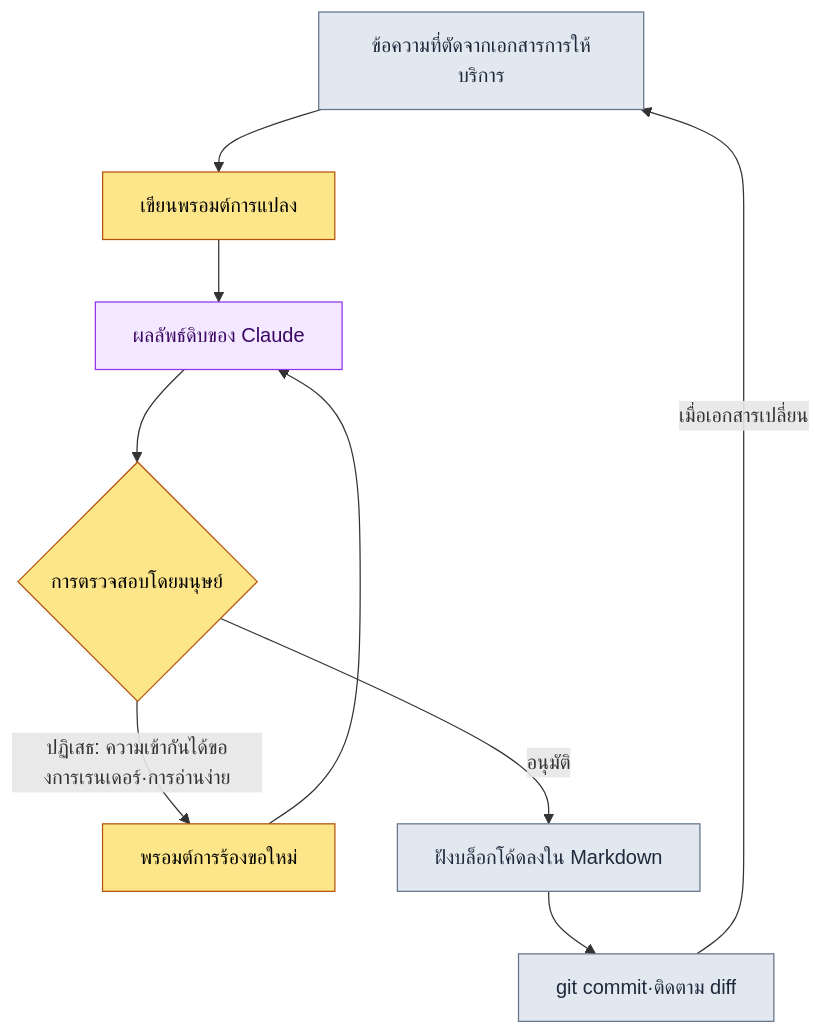
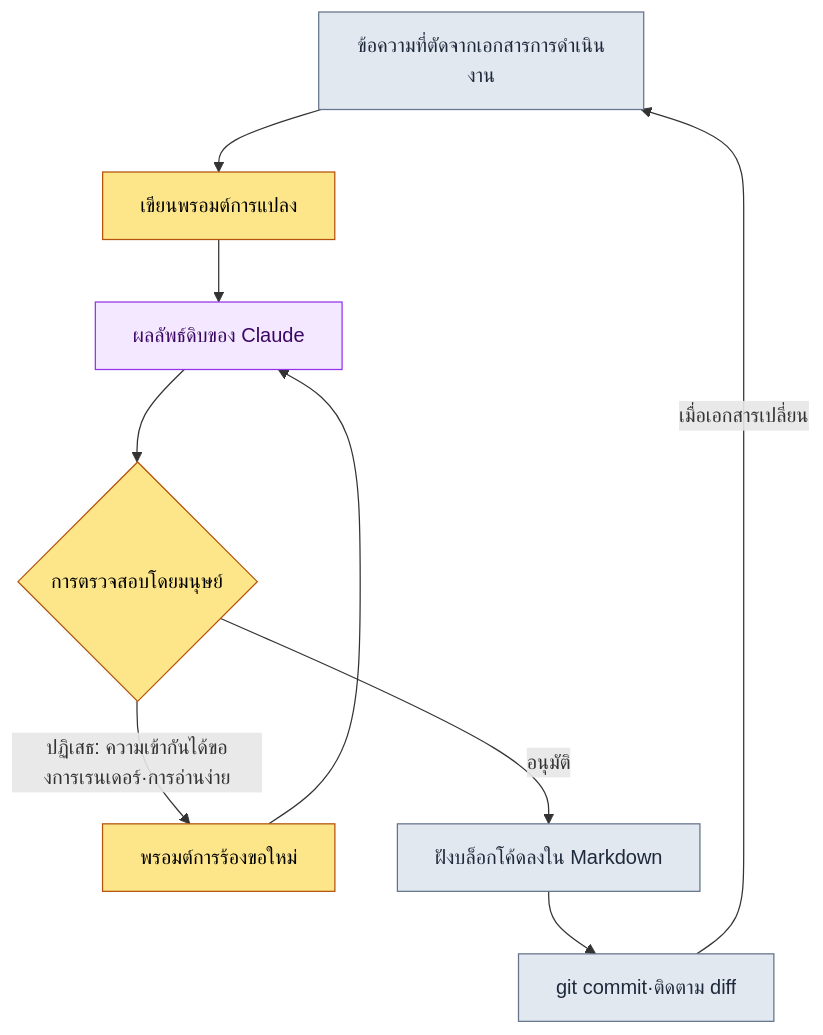
One commit to eremes81/game-design-ai-practice-th changed the second of 3 diagrams in manuscript/part24-ops-deep/chapter-2-mermaid-diagram-automation.md. Above: the diagram before and after it, drawn with Mermaid. The commit also changed other lines of this file and 64 other files, not shown here.

````diff
--- a/manuscript/part24-ops-deep/chapter-2-mermaid-diagram-automation.md
+++ b/manuscript/part24-ops-deep/chapter-2-mermaid-diagram-automation.md
@@ -153,17 +153,17 @@
 ```mermaid
 flowchart TD
-    SRC[ข้อความที่ตัดจากเอกสารการให้บริการ] --> PROMPT[เขียนพรอมต์การแปลง]
+    SRC[ข้อความที่ตัดจากเอกสารการดำเนินงาน] --> PROMPT[เขียนพรอมต์การแปลง]
     PROMPT --> LLM[ผลลัพธ์ดิบของ Claude]
     LLM --> CHECK{การตรวจสอบโดยมนุษย์}
     CHECK -->|ปฏิเสธ: ความเข้ากันได้ของการเรนเดอร์·การอ่านง่าย| REASK[พรอมต์การร้องขอใหม่]
     REASK --> LLM
     CHECK -->|อนุมัติ| EMBED[ฝังบล็อกโค้ดลงใน Markdown]
     EMBED --> GIT[git commit·ติดตาม diff]
     GIT -->|เมื่อเอกสารเปลี่ยน| SRC
     classDef ai fill:#f3e8ff,stroke:#9333ea,color:#3b0764;
     classDef human fill:#fde68a,stroke:#b45309,color:#000;
     classDef data fill:#e2e8f0,stroke:#64748b,color:#1e293b;
     class LLM ai;
     class PROMPT,CHECK,REASK human;
     class SRC,EMBED,GIT data;
 ```
````
